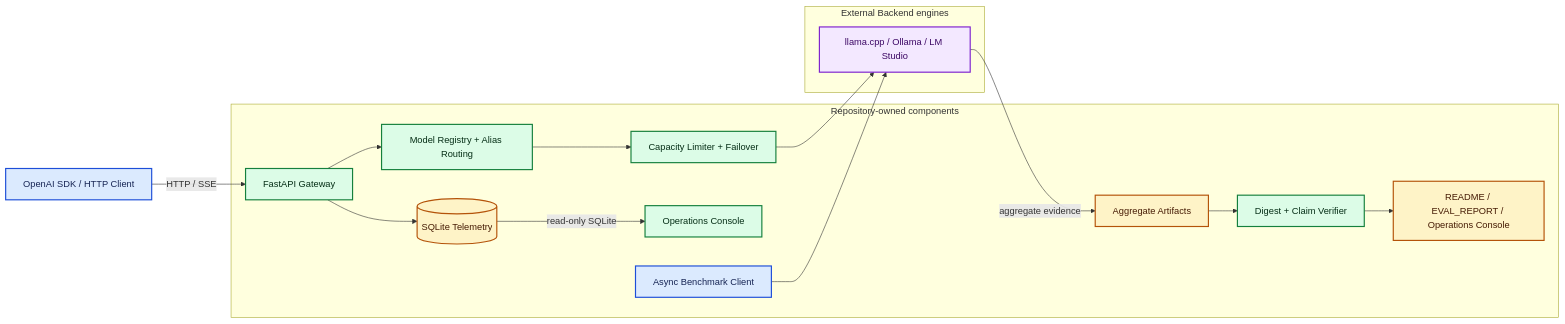
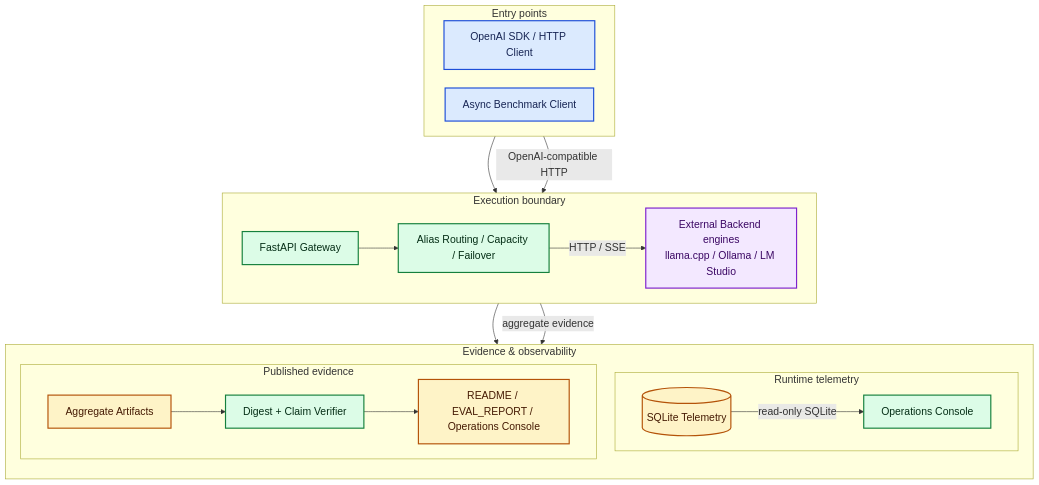
The first of 3 diagrams in README.md (kuotunyu/local-inference-bench-gateway), drawn with Mermaid before and after one commit. The commit also changed other lines of this file and 1 other file, not shown here.

Commit message:
docs: improve README diagram readability

````diff
--- a/README.md
+++ b/README.md
@@ -26,40 +24,50 @@
 ```mermaid
-flowchart LR
-    Client["OpenAI SDK / HTTP Client"]
-
-    subgraph Repo["Repository-owned components"]
-        Gateway["FastAPI Gateway"]
-        Registry["Model Registry + Alias Routing"]
-        Capacity["Capacity Limiter + Failover"]
-        Telemetry[("SQLite Telemetry")]
-        Console["Operations Console"]
+%%{init: {"themeVariables": {"fontSize": "18px"}, "flowchart": {"nodeSpacing": 32, "rankSpacing": 44}}}%%
+flowchart TB
+    subgraph Entry["Entry points"]
+        direction LR
+        Client["OpenAI SDK / HTTP Client"]
         Bench["Async Benchmark Client"]
-        Aggregates["Aggregate Artifacts"]
-        Verifier["Digest + Claim Verifier"]
-        Surfaces["README / EVAL_REPORT / Operations Console"]
     end
 
-    subgraph External["External Backend engines"]
-        Engines["llama.cpp / Ollama / LM Studio"]
+    subgraph Execution["Execution boundary"]
+        direction LR
+        Gateway["FastAPI Gateway"]
+        Policy["Alias Routing / Capacity / Failover"]
+        Engines["External Backend engines<br/>llama.cpp / Ollama / LM Studio"]
     end
 
-    Client -->|"HTTP / SSE"| Gateway
-    Gateway --> Registry
-    Registry --> Capacity
-    Capacity --> Engines
+    subgraph Evidence["Evidence & observability"]
+        direction TB
+        subgraph RuntimeEvidence["Runtime telemetry"]
+            direction LR
+            Telemetry[("SQLite Telemetry")]
+            Console["Operations Console"]
+        end
+        subgraph PublishedEvidence["Published evidence"]
+            direction LR
+            Aggregates["Aggregate Artifacts"]
+            Verifier["Digest + Claim Verifier"]
+            Surfaces["README / EVAL_REPORT / Operations Console"]
+        end
+    end
+
+    Client --> Gateway
+    Gateway --> Policy
+    Policy -->|"HTTP / SSE"| Engines
+    Bench -->|"OpenAI-compatible HTTP"| Engines
     Gateway --> Telemetry
     Telemetry -->|"read-only SQLite"| Console
-    Bench --> Engines
     Engines -->|"aggregate evidence"| Aggregates
     Aggregates --> Verifier
     Verifier --> Surfaces
 
     classDef actor fill:#DBEAFE,stroke:#1D4ED8,stroke-width:2px,color:#172554;
     classDef runtime fill:#DCFCE7,stroke:#15803D,stroke-width:2px,color:#052E16;
     classDef data fill:#FEF3C7,stroke:#B45309,stroke-width:2px,color:#451A03;
     classDef external fill:#F3E8FF,stroke:#7E22CE,stroke-width:2px,color:#3B0764;
     class Client,Bench actor;
-    class Gateway,Registry,Capacity,Console,Verifier runtime;
+    class Gateway,Policy,Console,Verifier runtime;
     class Telemetry,Aggregates,Surfaces data;
     class Engines external;
 ```
````
